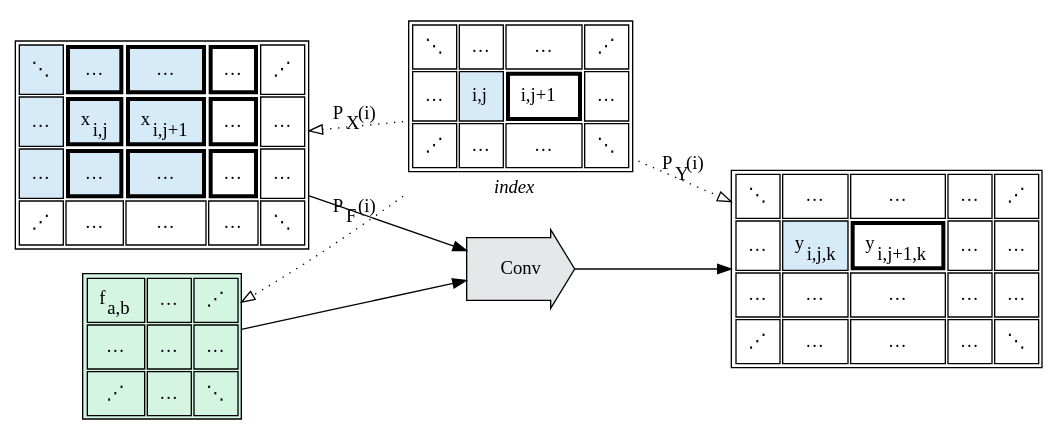
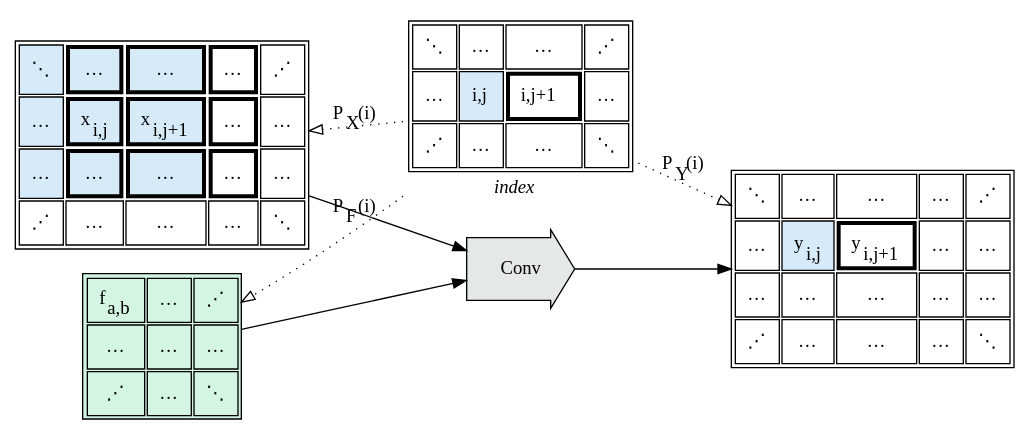
The first of 3 diagrams in source/_posts/blog/2023/01/Tapestry-Sharding-Convolution-Operators.md (crutcher/crutcher.github.io-source), drawn with Graphviz before and after one commit. The commit also changed 1 other file, not shown here.

Commit message:
fix index exprs

```diff
--- a/source/_posts/blog/2023/01/Tapestry-Sharding-Convolution-Operators.md
+++ b/source/_posts/blog/2023/01/Tapestry-Sharding-Convolution-Operators.md
@@ -153,8 +153,8 @@
               </tr>
           <tr>
               <td>…</td>
-              <td bgcolor="#D6EAF8">y<sub>i,j,k</sub></td>
-              <td border="3">y<sub>i,j+1,k</sub></td>
+              <td bgcolor="#D6EAF8">y<sub>i,j</sub></td>
+              <td border="3">y<sub>i,j+1</sub></td>
               <td>…</td>
               <td>…</td>
               </tr>
```
